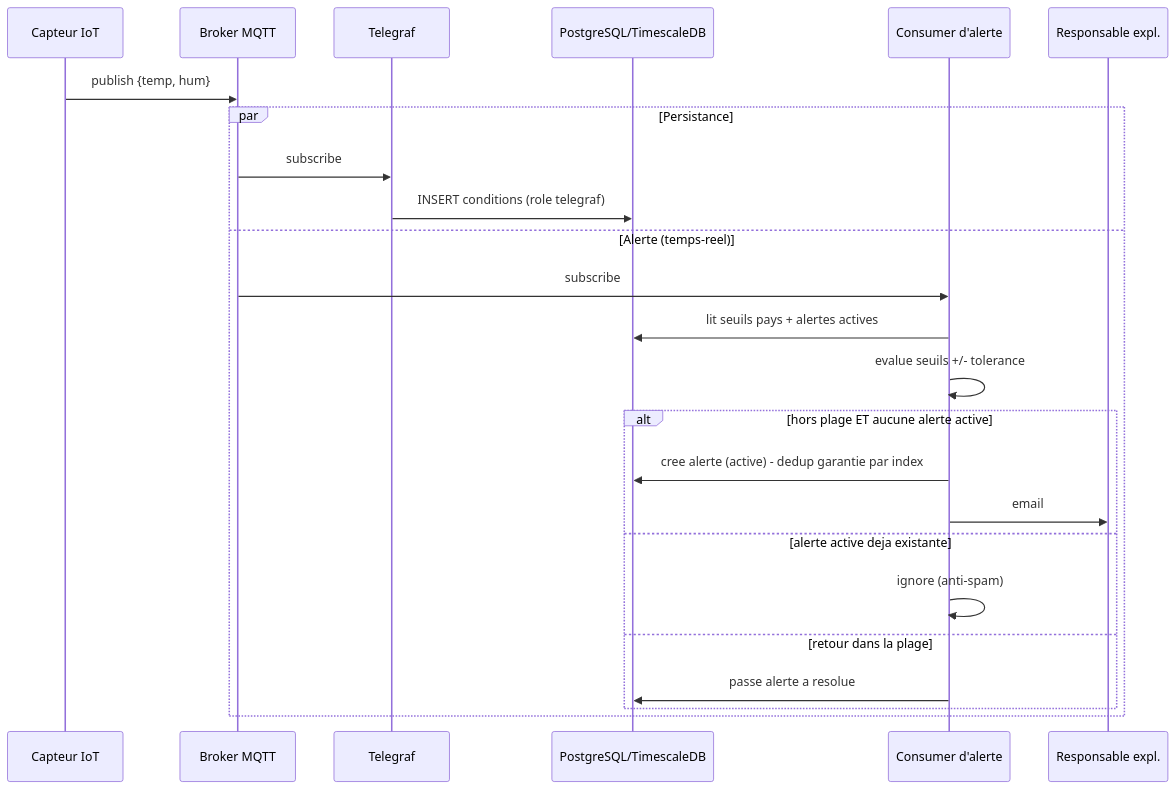
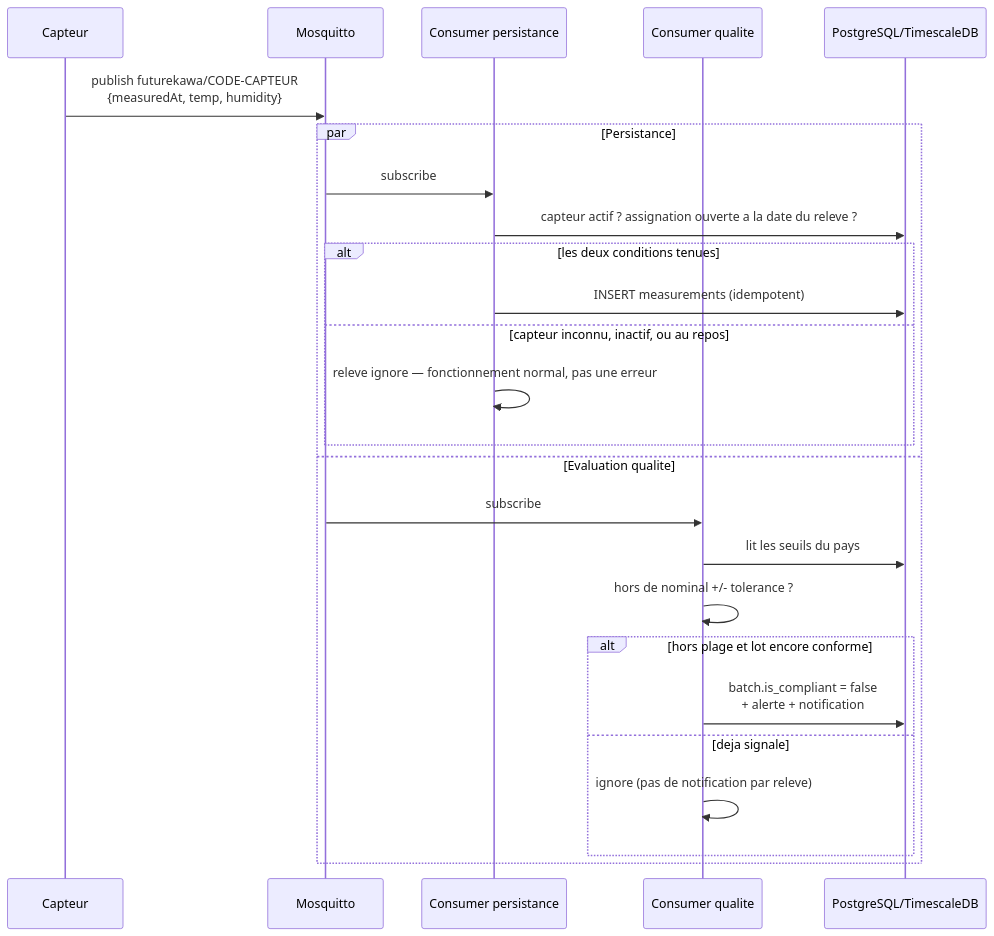
The third of 8 diagrams in database/docs/architecture.md (FutureKawa-Nte-G2/FutureKawa), drawn with Mermaid before and after one commit. The commit also changed other lines of this file and 1 other file, not shown here.

First line of the commit message:
docs(db): réécrit l'architecture et le périmètre données

````diff
--- a/database/docs/architecture.md
+++ b/database/docs/architecture.md
@@ -139,27 +177,28 @@
 ```mermaid
 sequenceDiagram
-    participant C as Capteur IoT
-    participant M as Broker MQTT
-    participant T as Telegraf
+    participant C as Capteur
+    participant M as Mosquitto
+    participant I as Consumer persistance
+    participant Q as Consumer qualite
     participant P as PostgreSQL/TimescaleDB
-    participant A as Consumer d'alerte
-    participant R as Responsable expl.
 
-    C->>M: publish {temp, hum}
+    C->>M: publish futurekawa/CODE-CAPTEUR<br/>{measuredAt, temp, humidity}
     par Persistance
-        M->>T: subscribe
-        T->>P: INSERT conditions (role telegraf)
-    and Alerte (temps-reel)
-        M->>A: subscribe
-        A->>P: lit seuils pays + alertes actives
-        A->>A: evalue seuils +/- tolerance
-        alt hors plage ET aucune alerte active
-            A->>P: cree alerte (active) - dedup garantie par index
-            A->>R: email
-        else alerte active deja existante
-            A->>A: ignore (anti-spam)
-        else retour dans la plage
-            A->>P: passe alerte a resolue
+        M->>I: subscribe
+        I->>P: capteur actif ? assignation ouverte a la date du releve ?
+        alt les deux conditions tenues
+            I->>P: INSERT measurements (idempotent)
+        else capteur inconnu, inactif, ou au repos
+            I->>I: releve ignore — fonctionnement normal, pas une erreur
+        end
+    and Evaluation qualite
+        M->>Q: subscribe
+        Q->>P: lit les seuils du pays
+        Q->>Q: hors de nominal +/- tolerance ?
+        alt hors plage et lot encore conforme
+            Q->>P: batch.is_compliant = false<br/>+ alerte + notification
+        else deja signale
+            Q->>Q: ignore (pas de notification par releve)
         end
     end
 ```
````
